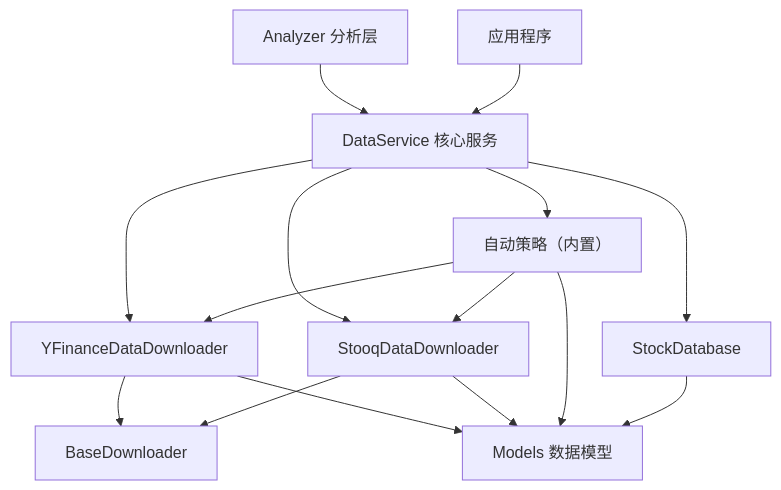
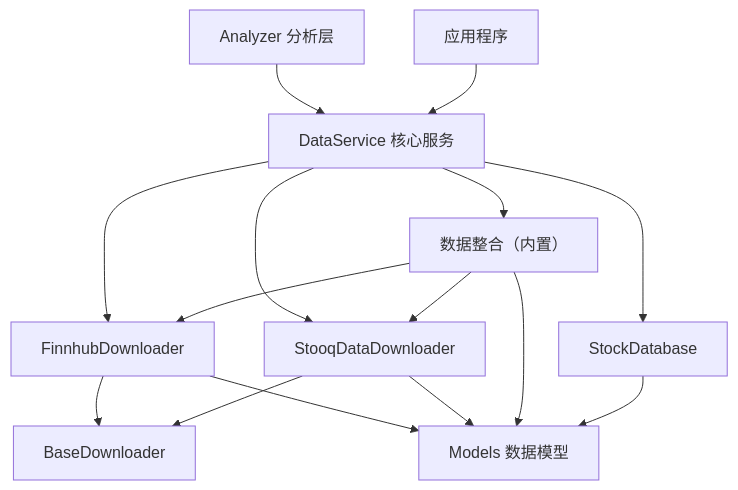
Before and after one commit to llshan/stock: the diagram in stock_analysis/data/README.md, drawn with Mermaid. The commit also changed other lines of this file and 20 other files, not shown here.

````diff
--- a/stock_analysis/data/README.md
+++ b/stock_analysis/data/README.md
@@ -138,20 +139,20 @@
 ```mermaid
 graph TD
-    A[DataService 核心服务] --> B[YFinanceDataDownloader]
+    A[DataService 核心服务] --> B[FinnhubDownloader]
     A --> C[StooqDataDownloader] 
-    A --> D[自动策略（内置）]
+    A --> D[数据整合（内置）]
     A --> E[StockDatabase]
     
     B --> F[BaseDownloader]
     C --> F
     D --> B
     D --> C
     
     B --> G[Models 数据模型]
     C --> G
     D --> G
     E --> G
     
     H[Analyzer 分析层] --> A
     I[应用程序] --> A
 ```
````
